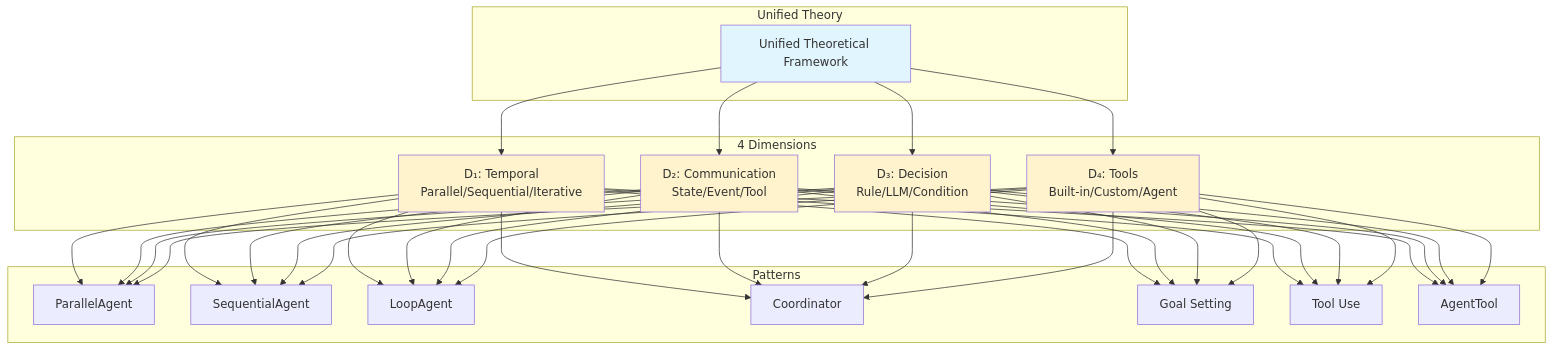
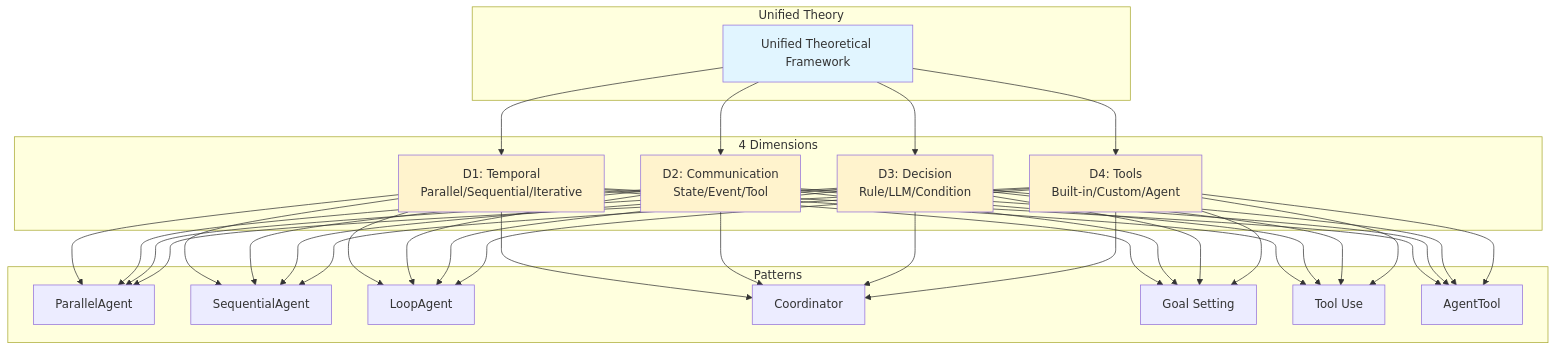
Before and after one commit to xkrajnan/Agentic_Design_Patterns: the first of 37 diagrams in docs/10_UNIFIED_THEORY.md, drawn with Mermaid. The commit also changed other lines of this file, not shown here.

First line of the commit message:
Fix Mermaid diagram rendering by replacing Unicode subscripts

````diff
--- a/docs/10_UNIFIED_THEORY.md
+++ b/docs/10_UNIFIED_THEORY.md
@@ -61,42 +61,42 @@
 ```mermaid
 graph TB
     subgraph "Unified Theory"
         UT[Unified Theoretical Framework]
     end
 
     subgraph "4 Dimensions"
-        D1[D₁: Temporal<br/>Parallel/Sequential/Iterative]
-        D2[D₂: Communication<br/>State/Event/Tool]
-        D3[D₃: Decision<br/>Rule/LLM/Condition]
-        D4[D₄: Tools<br/>Built-in/Custom/Agent]
+        D1[D1: Temporal<br/>Parallel/Sequential/Iterative]
+        D2[D2: Communication<br/>State/Event/Tool]
+        D3[D3: Decision<br/>Rule/LLM/Condition]
+        D4[D4: Tools<br/>Built-in/Custom/Agent]
     end
 
     subgraph "Patterns"
         P1[ParallelAgent]
         P2[SequentialAgent]
         P3[LoopAgent]
         P4[Coordinator]
         P5[Goal Setting]
         P6[Tool Use]
         P7[AgentTool]
     end
 
     UT --> D1
     UT --> D2
     UT --> D3
     UT --> D4
 
     D1 & D2 & D3 & D4 --> P1
     D1 & D2 & D3 & D4 --> P2
     D1 & D2 & D3 & D4 --> P3
     D1 & D2 & D3 & D4 --> P4
     D1 & D2 & D3 & D4 --> P5
     D1 & D2 & D3 & D4 --> P6
     D1 & D2 & D3 & D4 --> P7
 
     style UT fill:#e1f5ff
     style D1 fill:#fff3cd
     style D2 fill:#fff3cd
     style D3 fill:#fff3cd
     style D4 fill:#fff3cd
 ```
````
